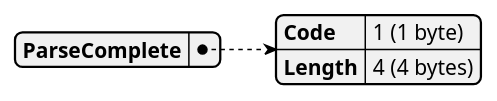
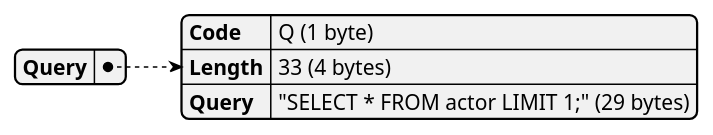
Before and after one commit to xfischer/pg_protoexport: the first of 5 diagrams in docs/examples/exports/pagila-01-simple-query-single-statement/capture.plantuml.pkt.md, drawn with PlantUML. The commit also changed other lines of this file and 135 other files, not shown here.

````diff
--- a/docs/examples/exports/pagila-01-simple-query-single-statement/capture.plantuml.pkt.md
+++ b/docs/examples/exports/pagila-01-simple-query-single-statement/capture.plantuml.pkt.md
@@ -77,10 +4,11 @@
 ```plantuml
 @startjson
 {
-  "ParseComplete": {
-    "Code": "1 (1 byte)",
-    "Length": "4 (4 bytes)"
+  "Query": {
+    "Code": "Q (1 byte)",
+    "Length": "33 (4 bytes)",
+    "Query": "\"SELECT * FROM actor LIMIT 1;\" (29 bytes)"
   }
 }
 @endjson
 ```
````
